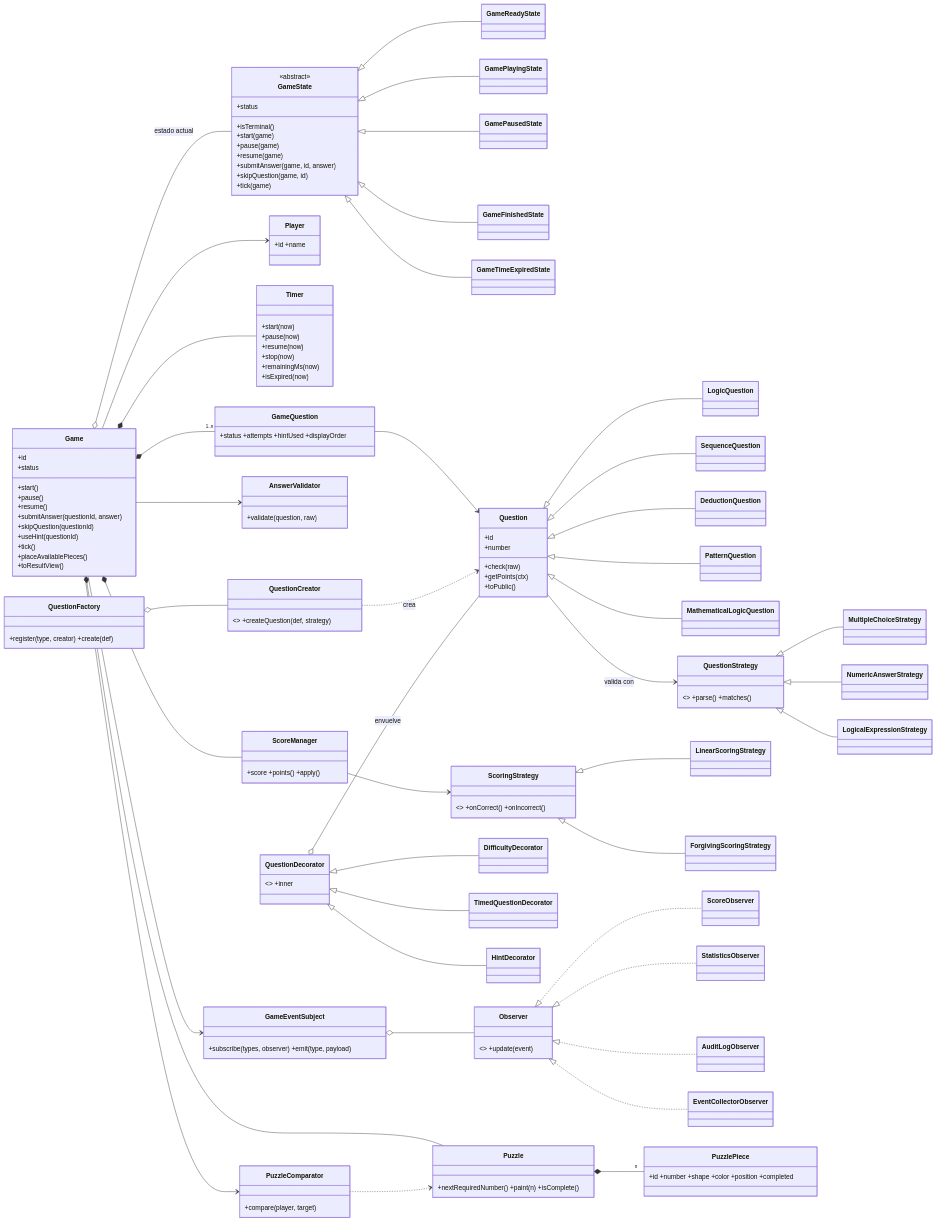
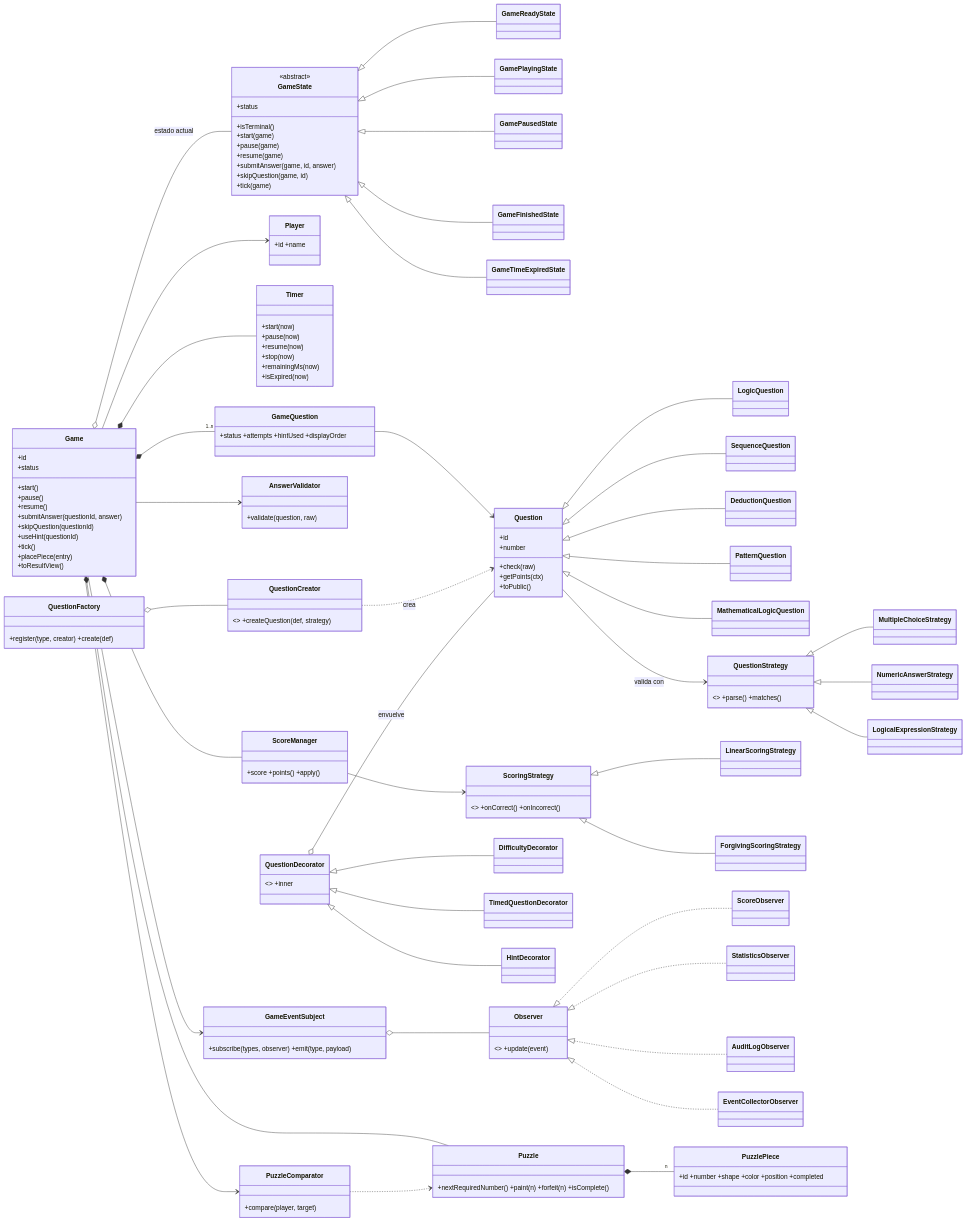
One commit to davidarce0109-sketch/logic_paint changed the first of 5 diagrams in docs/uml.md. Above: the diagram before and after it, drawn with Mermaid. The commit also changed other lines of this file and 22 other files, not shown here.

```diff
--- a/docs/uml.md
+++ b/docs/uml.md
@@ -16,7 +16,7 @@
     +skipQuestion(questionId)
     +useHint(questionId)
     +tick()
-    +placeAvailablePieces()
+    +placePiece(entry)
     +toResultView()
   }
   class GameState {
@@ -123,7 +123,7 @@
   GameEventSubject o-- Observer
   Game --> GameEventSubject
 
-  class Puzzle { +nextRequiredNumber() +paint(n) +isComplete() }
+  class Puzzle { +nextRequiredNumber() +paint(n) +forfeit(n) +isComplete() }
   class PuzzlePiece { +id +number +shape +color +position +completed }
   class PuzzleComparator { +compare(player, target) }
   Puzzle *-- "n" PuzzlePiece
```
